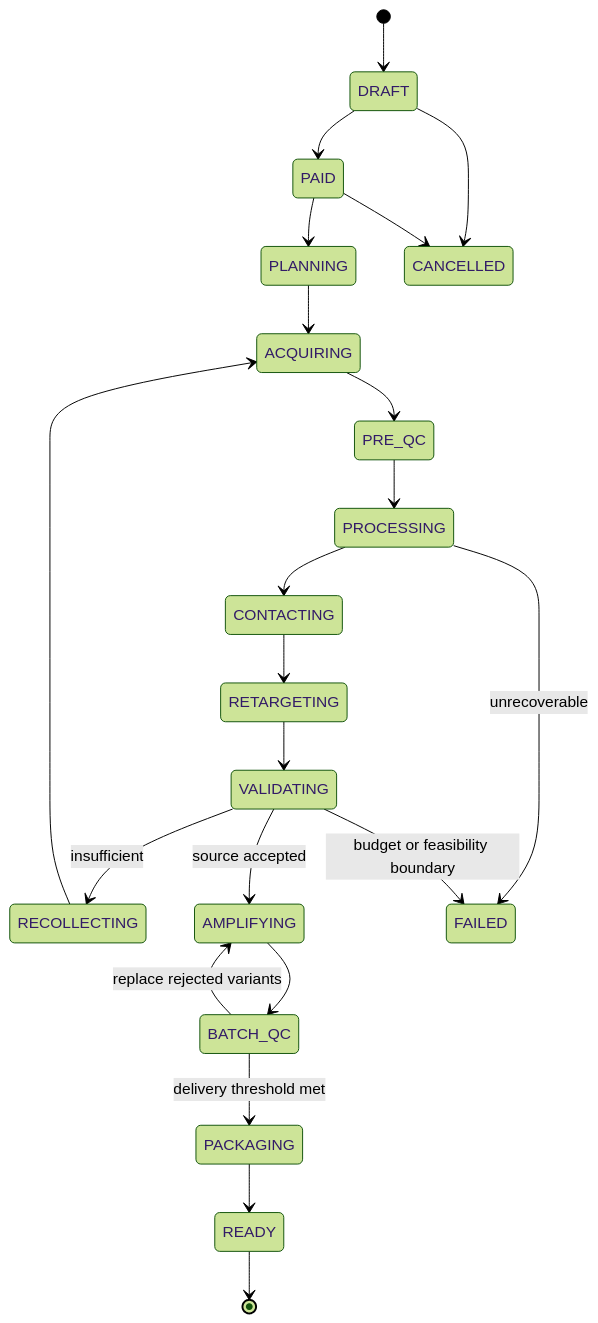
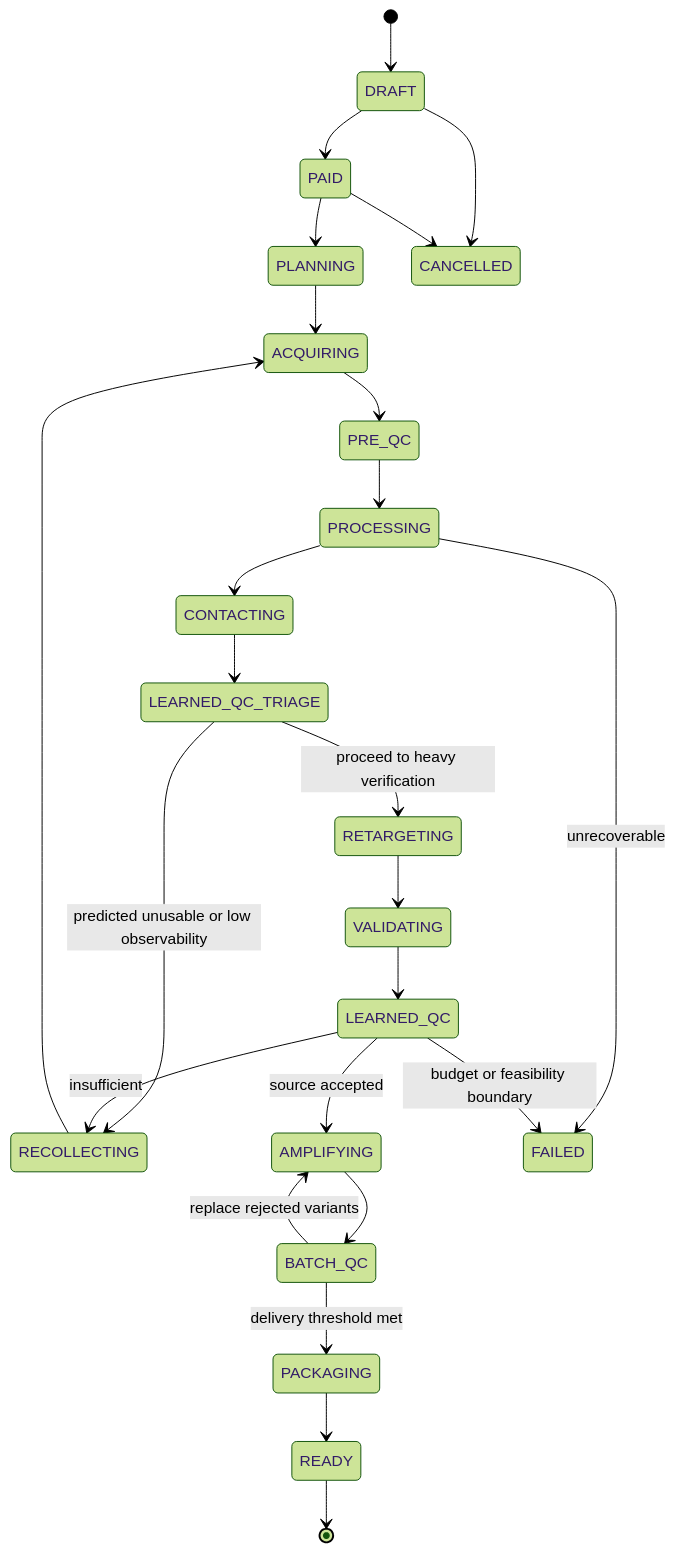
One commit to joonghui0926/FORGE changed the third of 3 diagrams in HANDOFF_PRODUCT_AND_ARCHITECTURE.md. Above: the diagram before and after it, drawn with Mermaid (forest theme). The commit also changed other lines of this file and 1 other file, not shown here.

````diff
--- a/HANDOFF_PRODUCT_AND_ARCHITECTURE.md
+++ b/HANDOFF_PRODUCT_AND_ARCHITECTURE.md
@@ -464,24 +514,27 @@
 ```mermaid
 stateDiagram-v2
     [*] --> DRAFT
     DRAFT --> PAID
     PAID --> PLANNING
     PLANNING --> ACQUIRING
     ACQUIRING --> PRE_QC
     PRE_QC --> PROCESSING
     PROCESSING --> CONTACTING
-    CONTACTING --> RETARGETING
+    CONTACTING --> LEARNED_QC_TRIAGE
+    LEARNED_QC_TRIAGE --> RECOLLECTING: predicted unusable or low observability
+    LEARNED_QC_TRIAGE --> RETARGETING: proceed to heavy verification
     RETARGETING --> VALIDATING
-    VALIDATING --> RECOLLECTING: insufficient
+    VALIDATING --> LEARNED_QC
+    LEARNED_QC --> RECOLLECTING: insufficient
     RECOLLECTING --> ACQUIRING
-    VALIDATING --> AMPLIFYING: source accepted
+    LEARNED_QC --> AMPLIFYING: source accepted
     AMPLIFYING --> BATCH_QC
     BATCH_QC --> AMPLIFYING: replace rejected variants
     BATCH_QC --> PACKAGING: delivery threshold met
     PACKAGING --> READY
     READY --> [*]
     DRAFT --> CANCELLED
     PAID --> CANCELLED
     PROCESSING --> FAILED: unrecoverable
-    VALIDATING --> FAILED: budget or feasibility boundary
+    LEARNED_QC --> FAILED: budget or feasibility boundary
 ```
````
